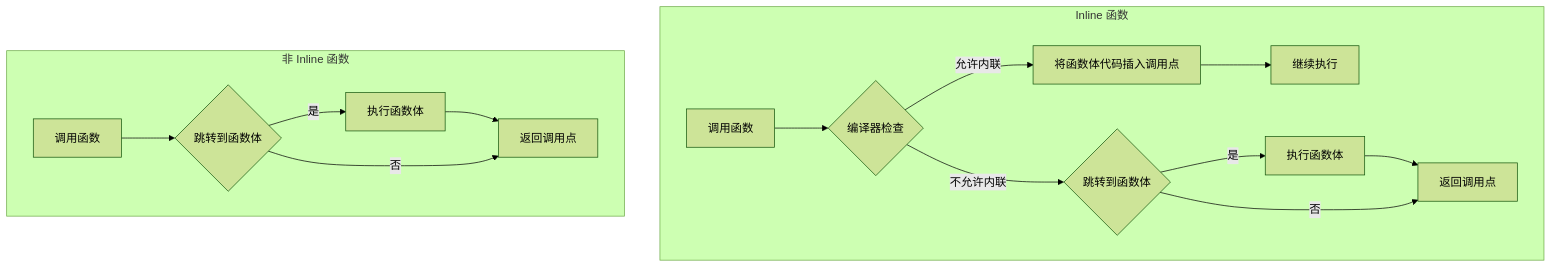
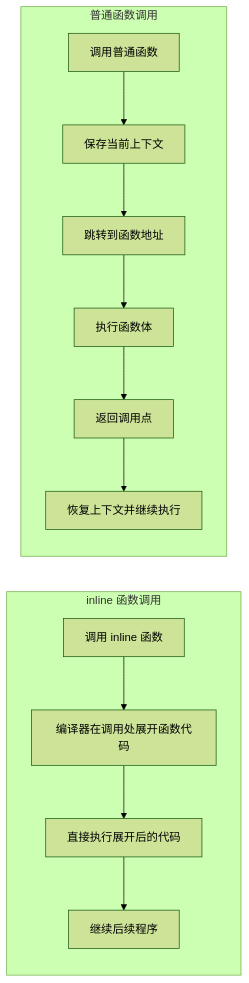
Before and after one commit to dsuntt/C-plusplus: the diagram in 2-C++之离港篇.md, drawn with Mermaid (forest theme). The commit also changed other lines of this file and 1 other file, not shown here.

Commit message:
optimize: 优化部分图表

````diff
--- a/2-C++之离港篇.md
+++ b/2-C++之离港篇.md
@@ -741,19 +741,17 @@
 ```mermaid
-graph TD
-subgraph Inline 函数
-    E[调用函数] --> F{编译器检查};
-    F -- 允许内联 --> G[将函数体代码插入调用点];
-    G --> H[继续执行];
-    F -- 不允许内联 --> I{跳转到函数体};
-    I -- 是 --> J[执行函数体];
-    J --> K[返回调用点];
-    I -- 否 --> K;
+flowchart LR
+
+subgraph Inline_Function["inline 函数调用"]
+A1[调用 inline 函数] --> B1[编译器在调用处展开函数代码]
+B1 --> C1[直接执行展开后的代码]
+C1 --> D1[继续后续程序]
 end
 
-subgraph 非 Inline 函数
-    A[调用函数] --> B{跳转到函数体};
-    B -- 是 --> C[执行函数体];
-    C --> D[返回调用点];
-    B -- 否 --> D;
+subgraph NonInline_Function["普通函数调用"]
+A2[调用普通函数] --> B2[保存当前上下文]
+B2 --> C2[跳转到函数地址]
+C2 --> D2[执行函数体]
+D2 --> E2[返回调用点]
+E2 --> F2[恢复上下文并继续执行]
 end
 ```
````
